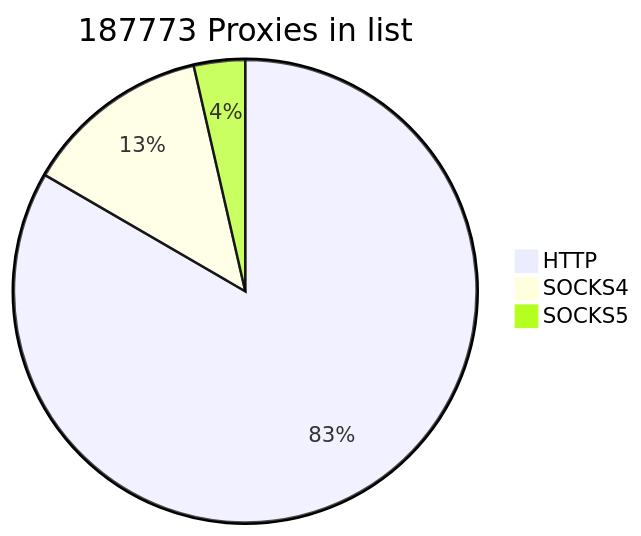
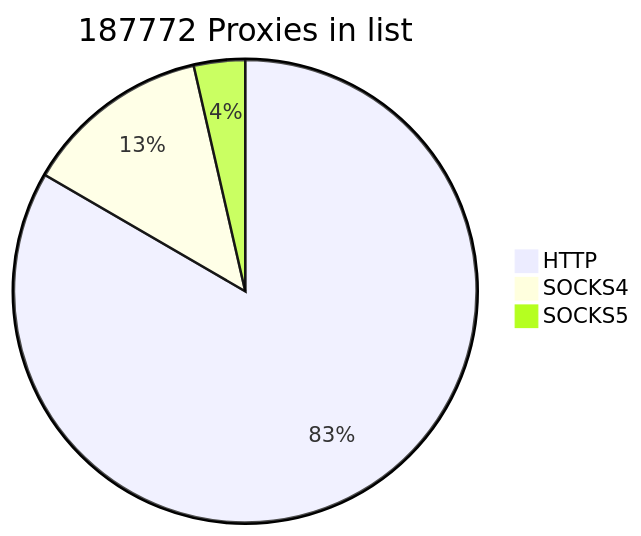
One commit to cutipu/proxylist changed the first of 2 diagrams in README.md. Above: the diagram before and after it, drawn with Mermaid. The commit also changed other lines of this file, not shown here.

````diff
--- a/README.md
+++ b/README.md
@@ -2,7 +2,7 @@
 ```mermaid
-pie title 187773 Proxies in list
+pie title 187772 Proxies in list
     "HTTP" : 156545
     "SOCKS4" : 24509
-    "SOCKS5" : 6719
+    "SOCKS5" : 6718
             
 ```
````
